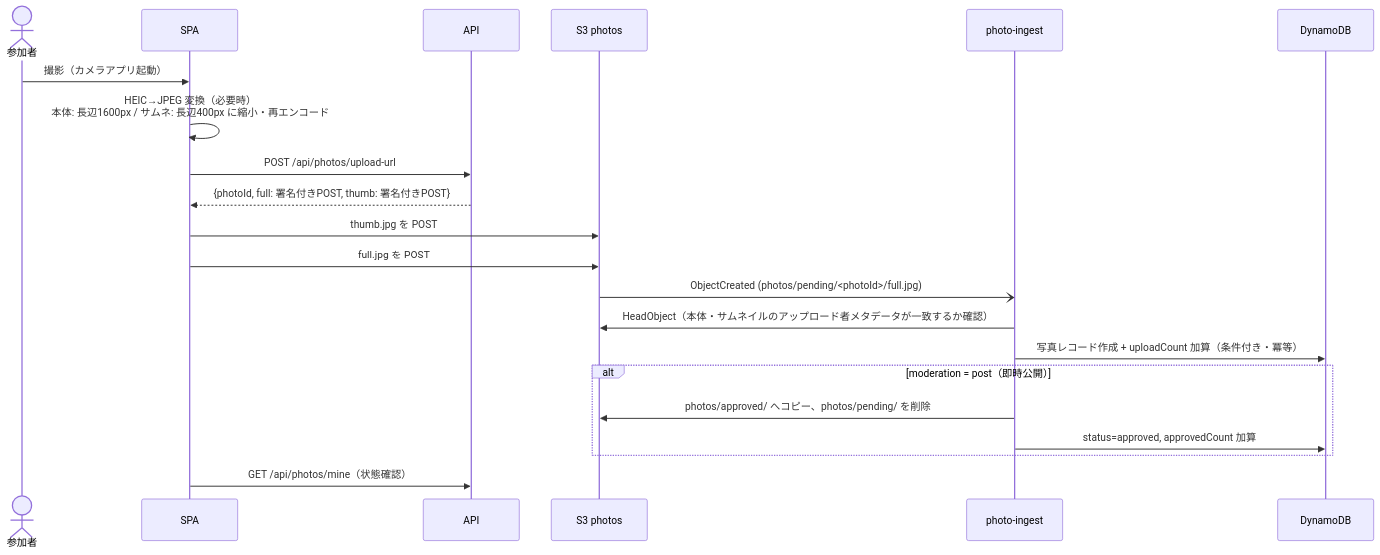
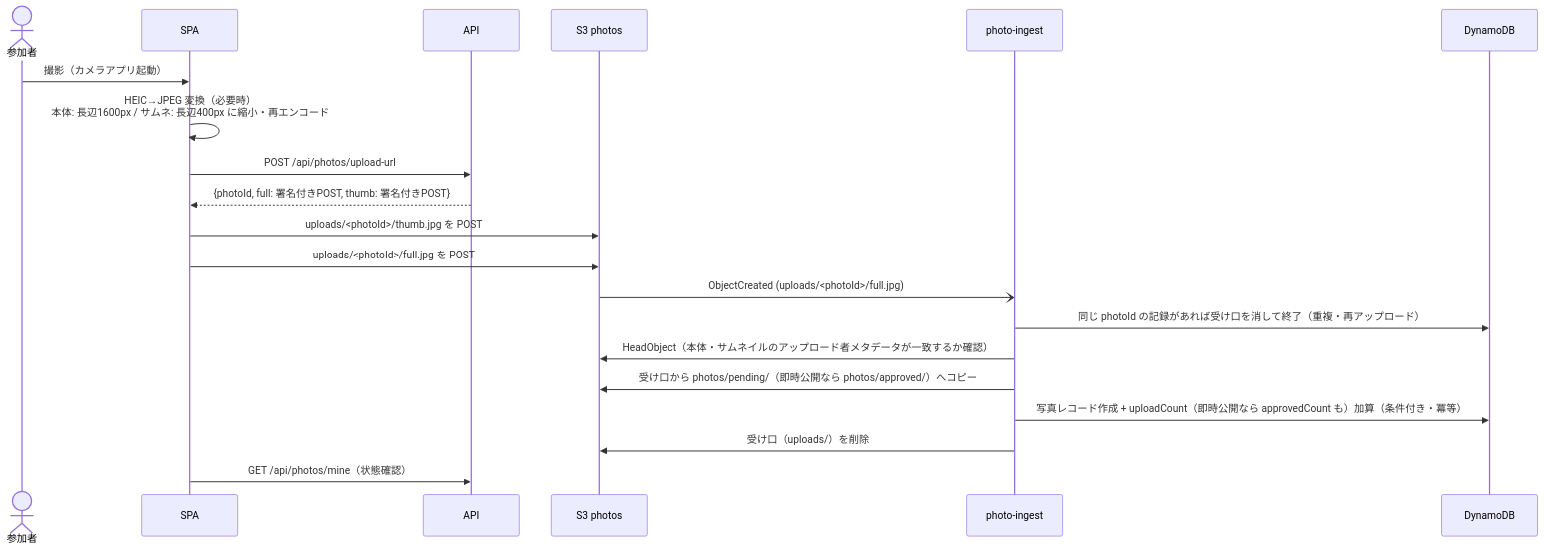
The third of 3 diagrams in docs/design.md (ot-nemoto/partally), drawn with Mermaid before and after one commit. The commit also changed other lines of this file and 18 other files, not shown here.

````diff
--- a/docs/design.md
+++ b/docs/design.md
@@ -257,24 +264,23 @@
 ```mermaid
 sequenceDiagram
   actor U as 参加者
   participant S as SPA
   participant A as API
   participant P as S3 photos
   participant I as photo-ingest
   participant D as DynamoDB
 
   U->>S: 撮影（カメラアプリ起動）
   S->>S: HEIC→JPEG 変換（必要時）<br/>本体: 長辺1600px / サムネ: 長辺400px に縮小・再エンコード
   S->>A: POST /api/photos/upload-url
   A-->>S: {photoId, full: 署名付きPOST, thumb: 署名付きPOST}
-  S->>P: thumb.jpg を POST
-  S->>P: full.jpg を POST
-  P-)I: ObjectCreated (photos/pending/<photoId>/full.jpg)
+  S->>P: uploads/<photoId>/thumb.jpg を POST
+  S->>P: uploads/<photoId>/full.jpg を POST
+  P-)I: ObjectCreated (uploads/<photoId>/full.jpg)
+  I->>D: 同じ photoId の記録があれば受け口を消して終了（重複・再アップロード）
   I->>P: HeadObject（本体・サムネイルのアップロード者メタデータが一致するか確認）
-  I->>D: 写真レコード作成 + uploadCount 加算（条件付き・冪等）
-  alt moderation = post（即時公開）
-    I->>P: photos/approved/ へコピー、photos/pending/ を削除
-    I->>D: status=approved, approvedCount 加算
-  end
+  I->>P: 受け口から photos/pending/（即時公開なら photos/approved/）へコピー
+  I->>D: 写真レコード作成 + uploadCount（即時公開なら approvedCount も）加算（条件付き・冪等）
+  I->>P: 受け口（uploads/）を削除
   S->>A: GET /api/photos/mine（状態確認）
 ```
````
